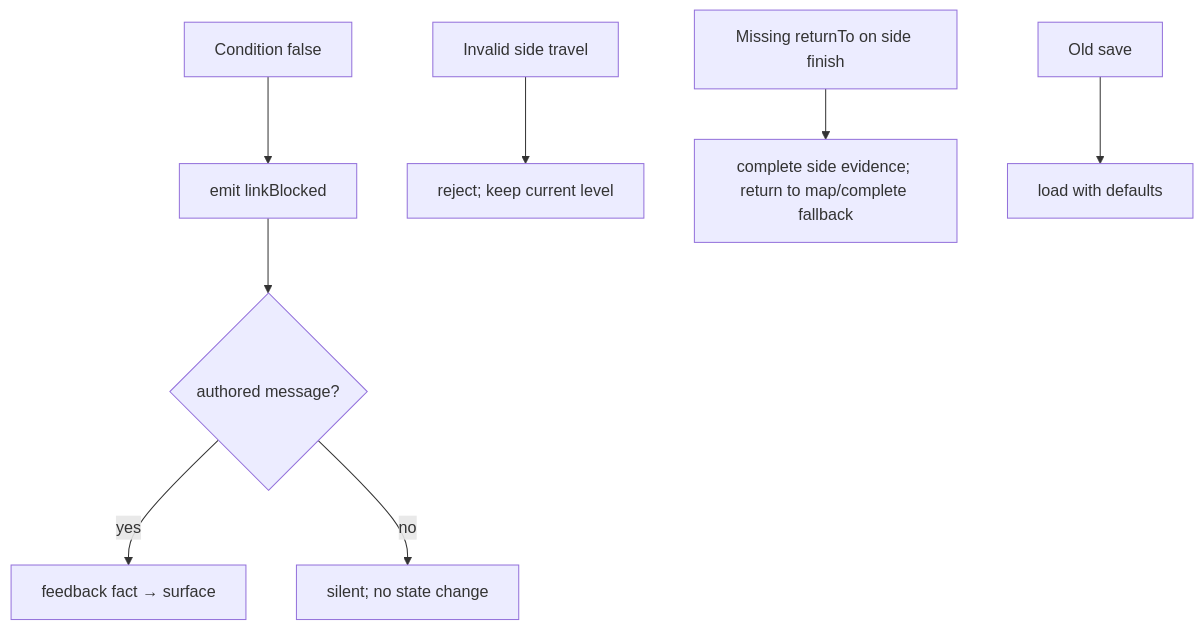
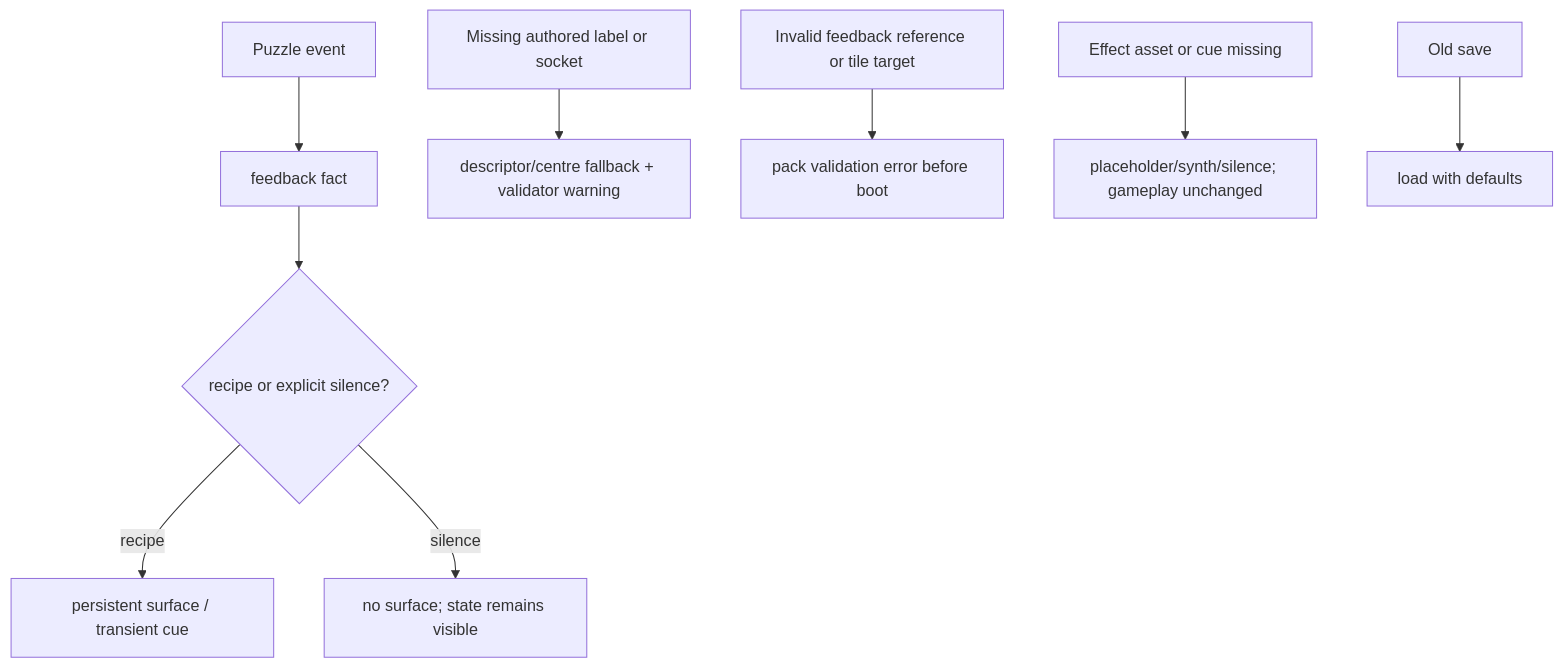
Before and after one commit to Snorre98/shrinkonauts: the eighth of 10 diagrams in docs/puzzle-engine/architecture.md, drawn with Mermaid. The commit also changed other lines of this file and 38 other files, not shown here.

Commit message:
chore(m1.75): enforce feedback validation and close out docs

````diff
--- a/docs/puzzle-engine/architecture.md
+++ b/docs/puzzle-engine/architecture.md
@@ -279,10 +361,11 @@
 ```mermaid
 flowchart TD
-    A[Condition false] --> B[emit linkBlocked]
-    B --> C{authored message?}
-    C -->|yes| D[feedback fact → surface]
-    C -->|no| E[silent; no state change]
-    F[Invalid side travel] --> G[reject; keep current level]
-    H[Missing returnTo on side finish] --> I[complete side evidence; return to map/complete fallback]
-    J[Old save] --> K[load with defaults]
+    A[Puzzle event] --> B[feedback fact]
+    B --> C{recipe or explicit silence?}
+    C -->|recipe| D[persistent surface / transient cue]
+    C -->|silence| E[no surface; state remains visible]
+    F[Missing authored label or socket] --> G[descriptor/centre fallback + validator warning]
+    H[Invalid feedback reference or tile target] --> I[pack validation error before boot]
+    J[Effect asset or cue missing] --> K[placeholder/synth/silence; gameplay unchanged]
+    L[Old save] --> M[load with defaults]
 ```
````
